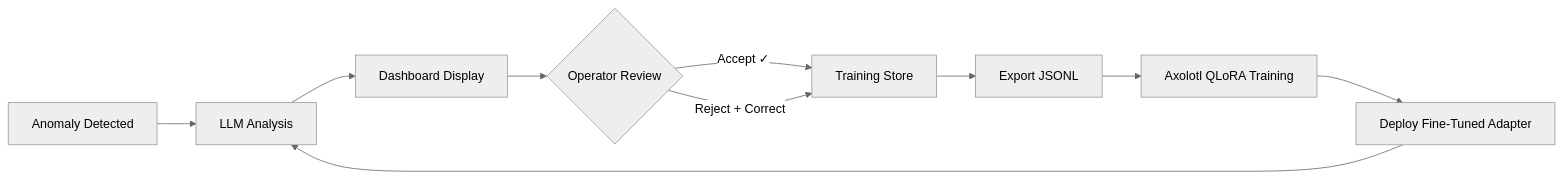
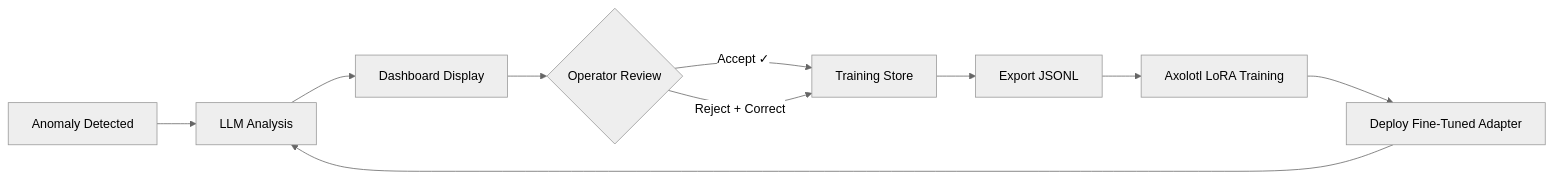
The fifth of 8 diagrams in docs/OBSERVABILITY_WHITEPAPER.md (MoebiusX/Krystaline), drawn with Mermaid (neutral theme) before and after one commit. The commit also changed other lines of this file and 30 other files, not shown here.

````diff
--- a/docs/OBSERVABILITY_WHITEPAPER.md
+++ b/docs/OBSERVABILITY_WHITEPAPER.md
@@ -393,12 +413,12 @@
 ```mermaid
 flowchart LR
     A[Anomaly Detected] --> B[LLM Analysis]
     B --> C[Dashboard Display]
     C --> D{Operator Review}
     D -->|Accept ✓| E[Training Store]
     D -->|Reject + Correct| E
     E --> F[Export JSONL]
-    F --> G[Axolotl QLoRA Training]
+    F --> G[Axolotl LoRA Training]
     G --> H[Deploy Fine-Tuned Adapter]
     H --> B
 ```
````
